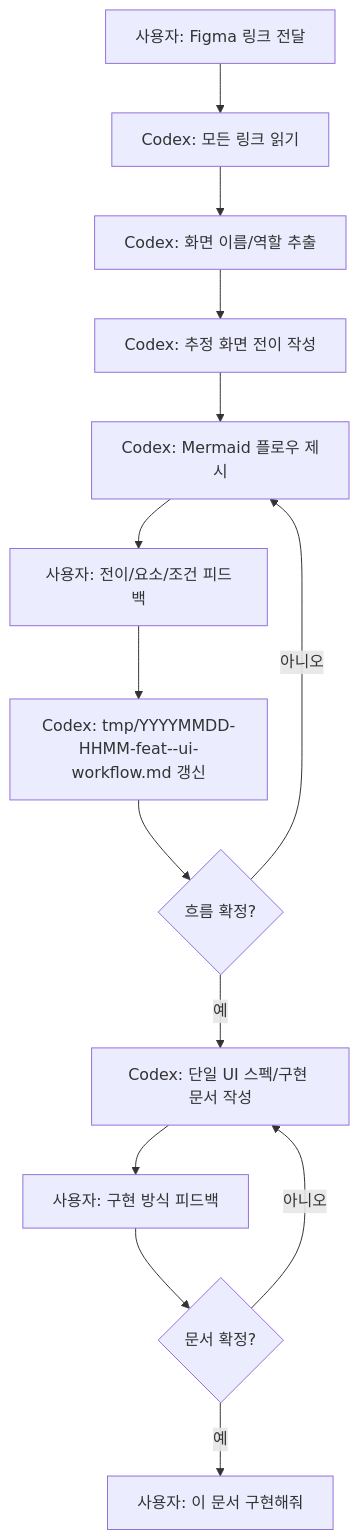
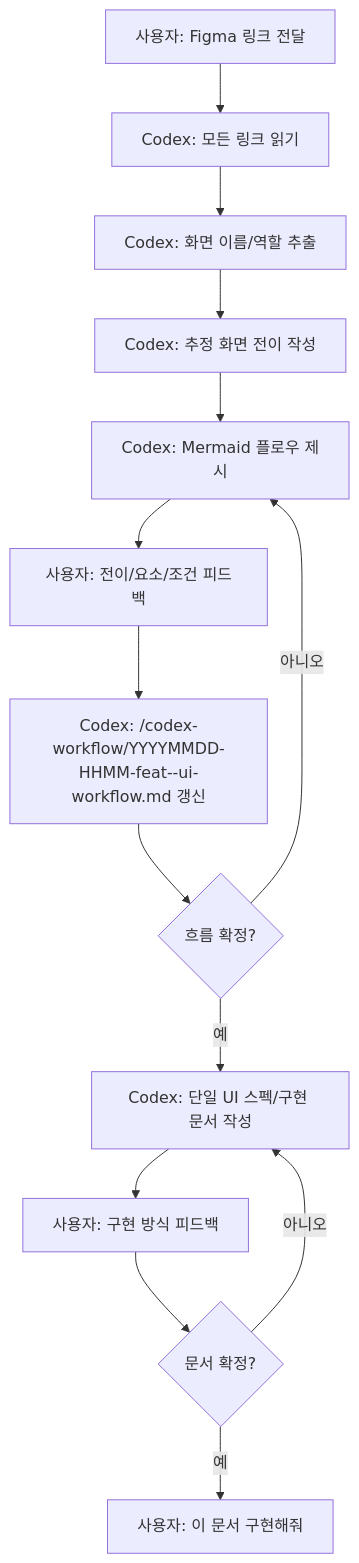
One commit to j-token/j-token-workflow-kit changed the fifth of 6 diagrams in plugins/codex-workflow/references/workflow-plugin-design.md. Above: the diagram before and after it, drawn with Mermaid. The commit also changed other lines of this file and 5 other files, not shown here.

````diff
--- a/plugins/codex-workflow/references/workflow-plugin-design.md
+++ b/plugins/codex-workflow/references/workflow-plugin-design.md
@@ -310,16 +311,16 @@
 ```mermaid
 flowchart TD
     A["사용자: Figma 링크 전달"] --> B["Codex: 모든 링크 읽기"]
     B --> C["Codex: 화면 이름/역할 추출"]
     C --> D["Codex: 추정 화면 전이 작성"]
     D --> E["Codex: Mermaid 플로우 제시"]
     E --> F["사용자: 전이/요소/조건 피드백"]
-    F --> G["Codex: tmp/YYYYMMDD-HHMM-feat-<topic>-ui-workflow.md 갱신"]
+    F --> G["Codex: <system-temp>/codex-workflow/YYYYMMDD-HHMM-feat-<topic>-ui-workflow.md 갱신"]
     G --> H{"흐름 확정?"}
     H -- "아니오" --> E
     H -- "예" --> I["Codex: 단일 UI 스펙/구현 문서 작성"]
     I --> J["사용자: 구현 방식 피드백"]
     J --> K{"문서 확정?"}
     K -- "아니오" --> I
     K -- "예" --> L["사용자: 이 문서 구현해줘"]
 ```
````
